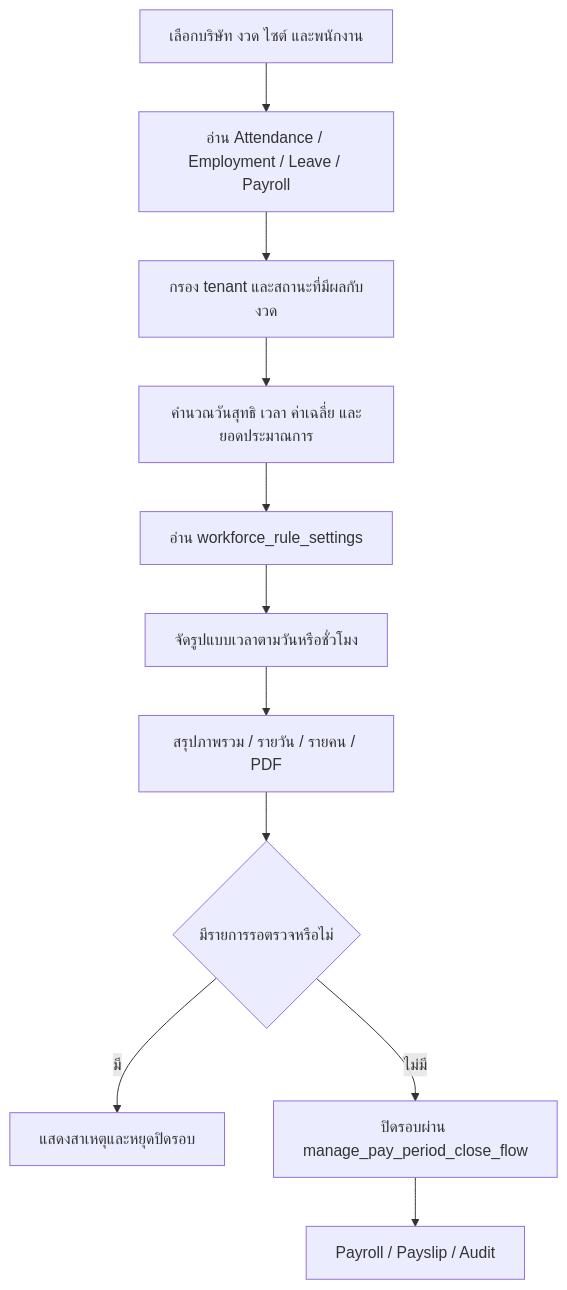
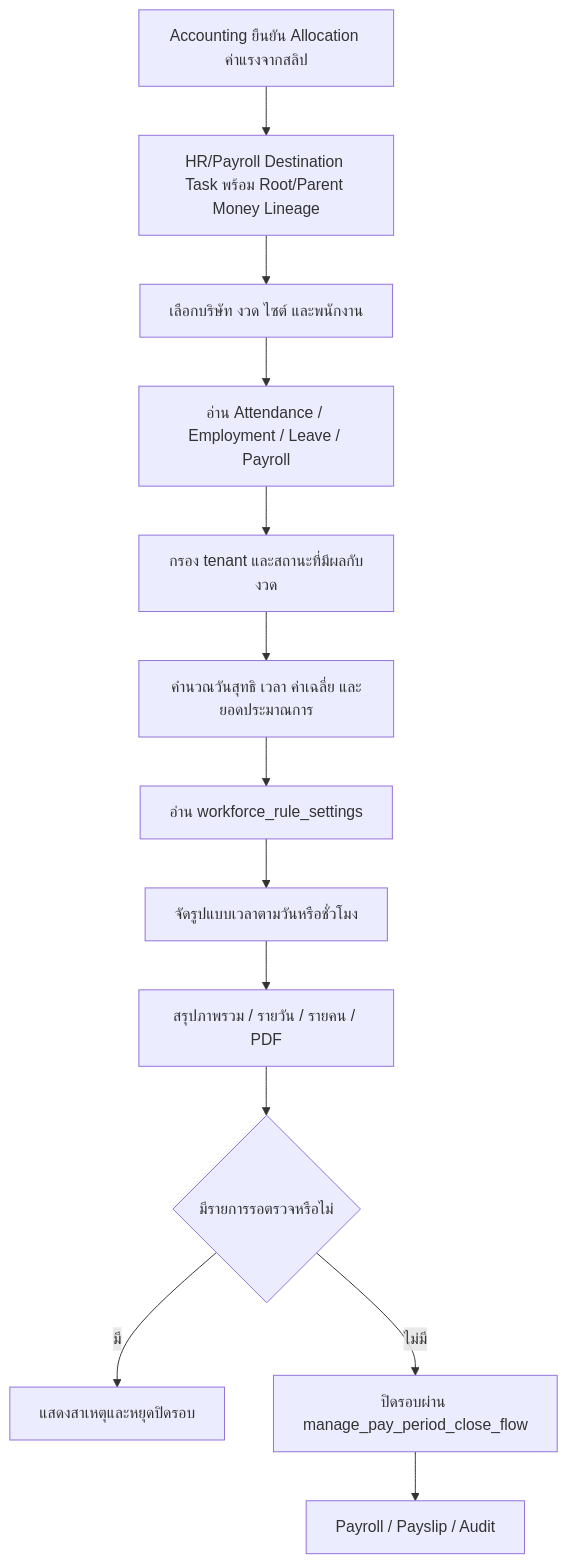
One commit to paramonjong-afk/WisdomAI changed the diagram in docs/PAYROLL_REPORTING_FLOW.md. Above: the diagram before and after it, drawn with Mermaid. The commit also changed other lines of this file and 9 other files, not shown here.

````diff
--- a/docs/PAYROLL_REPORTING_FLOW.md
+++ b/docs/PAYROLL_REPORTING_FLOW.md
@@ -3,13 +3,15 @@
 ```mermaid
 flowchart TD
+  A0[Accounting ยืนยัน Allocation ค่าแรงจากสลิป] --> A1[HR/Payroll Destination Task พร้อม Root/Parent Money Lineage]
+  A1 --> A[เลือกบริษัท งวด ไซต์ และพนักงาน]
   A[เลือกบริษัท งวด ไซต์ และพนักงาน] --> B[อ่าน Attendance / Employment / Leave / Payroll]
   B --> C[กรอง tenant และสถานะที่มีผลกับงวด]
   C --> D[คำนวณวันสุทธิ เวลา ค่าเฉลี่ย และยอดประมาณการ]
   D --> E[อ่าน workforce_rule_settings]
   E --> F[จัดรูปแบบเวลาตามวันหรือชั่วโมง]
   F --> G[สรุปภาพรวม / รายวัน / รายคน / PDF]
   G --> H{มีรายการรอตรวจหรือไม่}
   H -->|มี| I[แสดงสาเหตุและหยุดปิดรอบ]
   H -->|ไม่มี| J[ปิดรอบผ่าน manage_pay_period_close_flow]
   J --> K[Payroll / Payslip / Audit]
 ```
````
